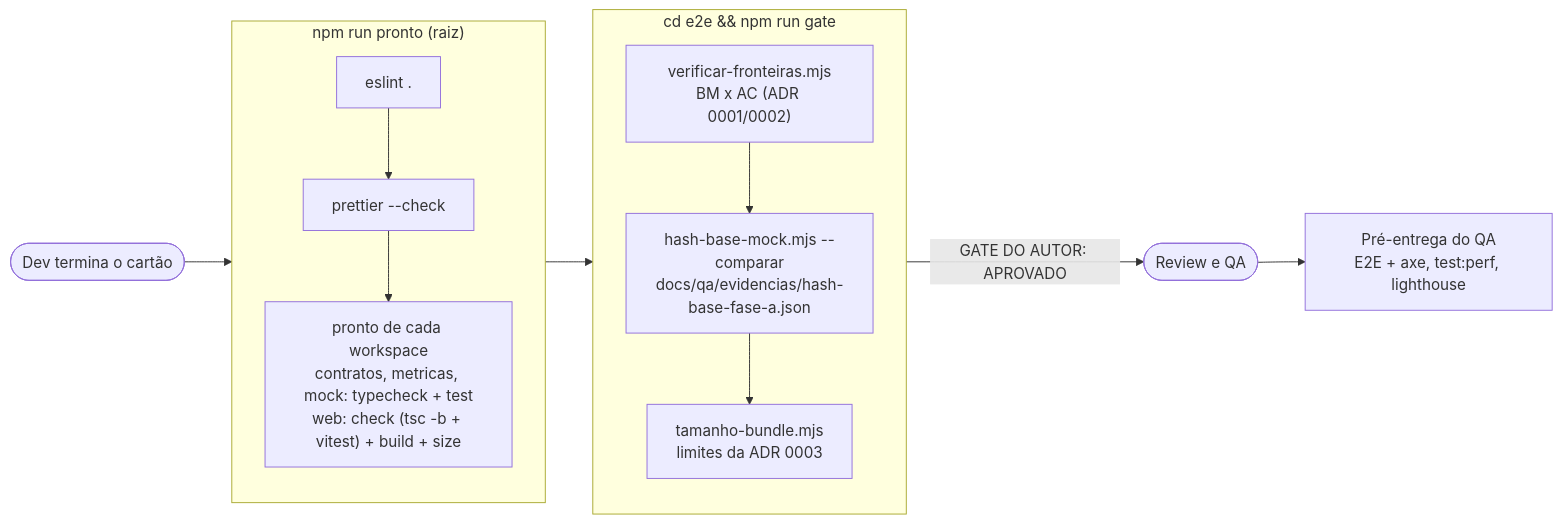
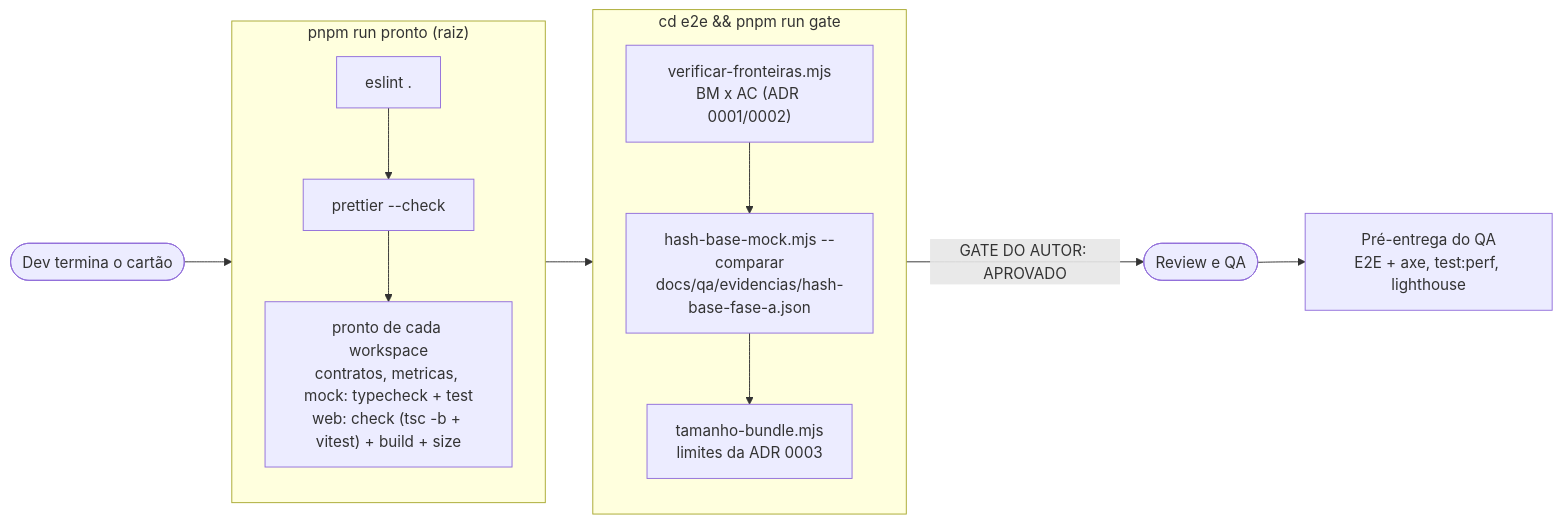
One commit to rodrigo-isensee/MetricasDSPD changed the second of 2 diagrams in docs/tecnica/qualidade-e-testes.md. Above: the diagram before and after it, drawn with Mermaid. The commit also changed other lines of this file and 30 other files, not shown here.

First line of the commit message:
build: migra o monorepo de npm workspaces para pnpm 10 (K-065)

````diff
--- a/docs/tecnica/qualidade-e-testes.md
+++ b/docs/tecnica/qualidade-e-testes.md
@@ -39,15 +39,15 @@
 ```mermaid
 flowchart LR
   dev([Dev termina o cartão]) --> pronto
-  subgraph pronto["npm run pronto (raiz)"]
+  subgraph pronto["pnpm run pronto (raiz)"]
     l[eslint .] --> f[prettier --check]
     f --> ws["pronto de cada workspace<br/>contratos, metricas, mock: typecheck + test<br/>web: check (tsc -b + vitest) + build + size"]
   end
   pronto --> gate
-  subgraph gate["cd e2e && npm run gate"]
+  subgraph gate["cd e2e && pnpm run gate"]
     g1["verificar-fronteiras.mjs<br/>BM x AC (ADR 0001/0002)"] --> g2["hash-base-mock.mjs --comparar<br/>docs/qa/evidencias/hash-base-fase-a.json"]
     g2 --> g3["tamanho-bundle.mjs<br/>limites da ADR 0003"]
   end
   gate -->|"GATE DO AUTOR: APROVADO"| review([Review e QA])
   review --> qa["Pré-entrega do QA<br/>E2E + axe, test:perf, lighthouse"]
 ```
````
